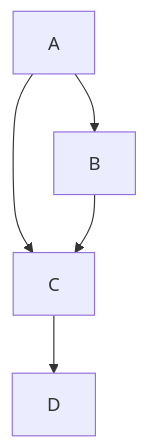
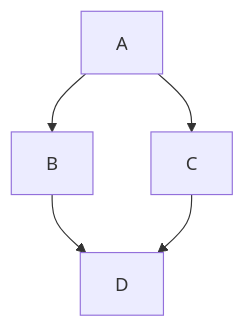
One commit to qwerty-arun/markdown_tutorial changed the diagram in diagram.md. Above: the diagram before and after it, drawn with Mermaid.

````diff
--- a/diagram.md
+++ b/diagram.md
@@ -1,7 +1,7 @@
 ```mermaid
 flowchart TD
 A --> B;
 A --> C;
-B --> C;
+B --> D;
 C --> D;
 ```
````
